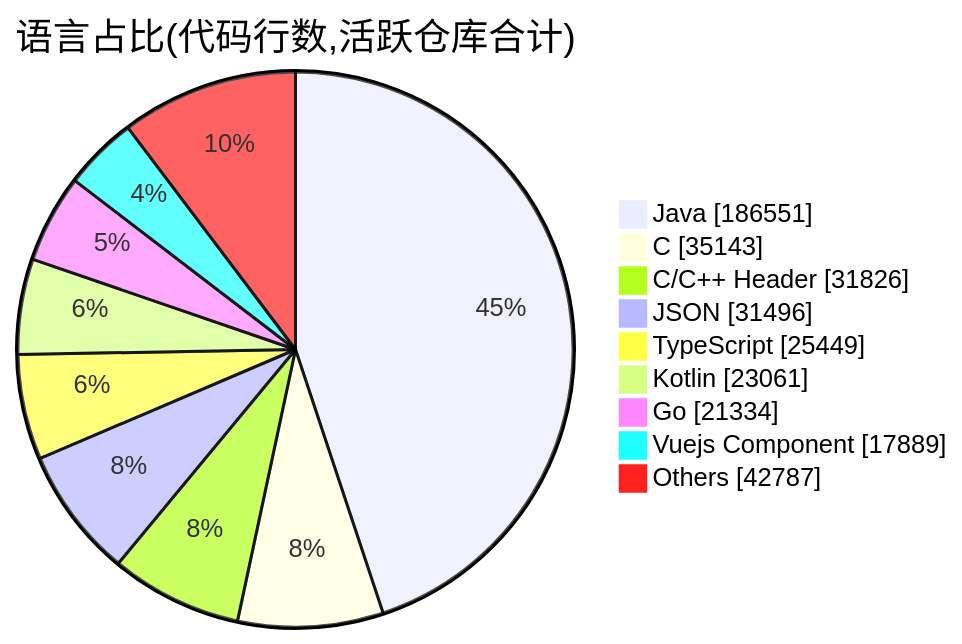
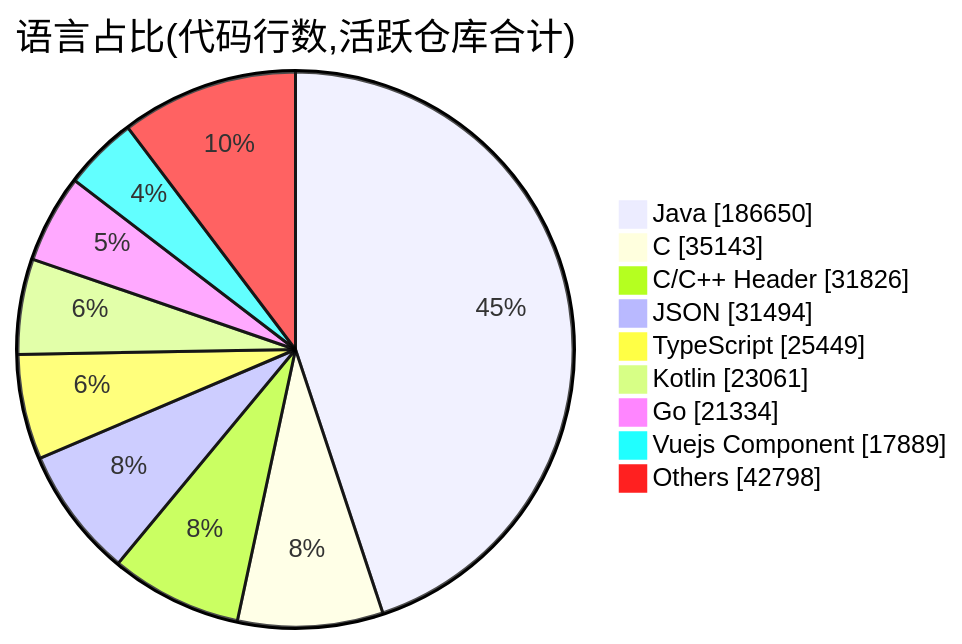
The second of 2 diagrams in profile/README.md (Conflux-Union/.github), drawn with Mermaid before and after one commit. The commit also changed other lines of this file and 1 other file, not shown here.

````diff
--- a/profile/README.md
+++ b/profile/README.md
@@ -82,13 +83,13 @@
 ```mermaid
 pie showData
     title 语言占比(代码行数,活跃仓库合计)
-    "Java" : 186551
+    "Java" : 186650
     "C" : 35143
     "C/C++ Header" : 31826
-    "JSON" : 31496
+    "JSON" : 31494
     "TypeScript" : 25449
     "Kotlin" : 23061
     "Go" : 21334
     "Vuejs Component" : 17889
-    "Others" : 42787
+    "Others" : 42798
 ```
````
